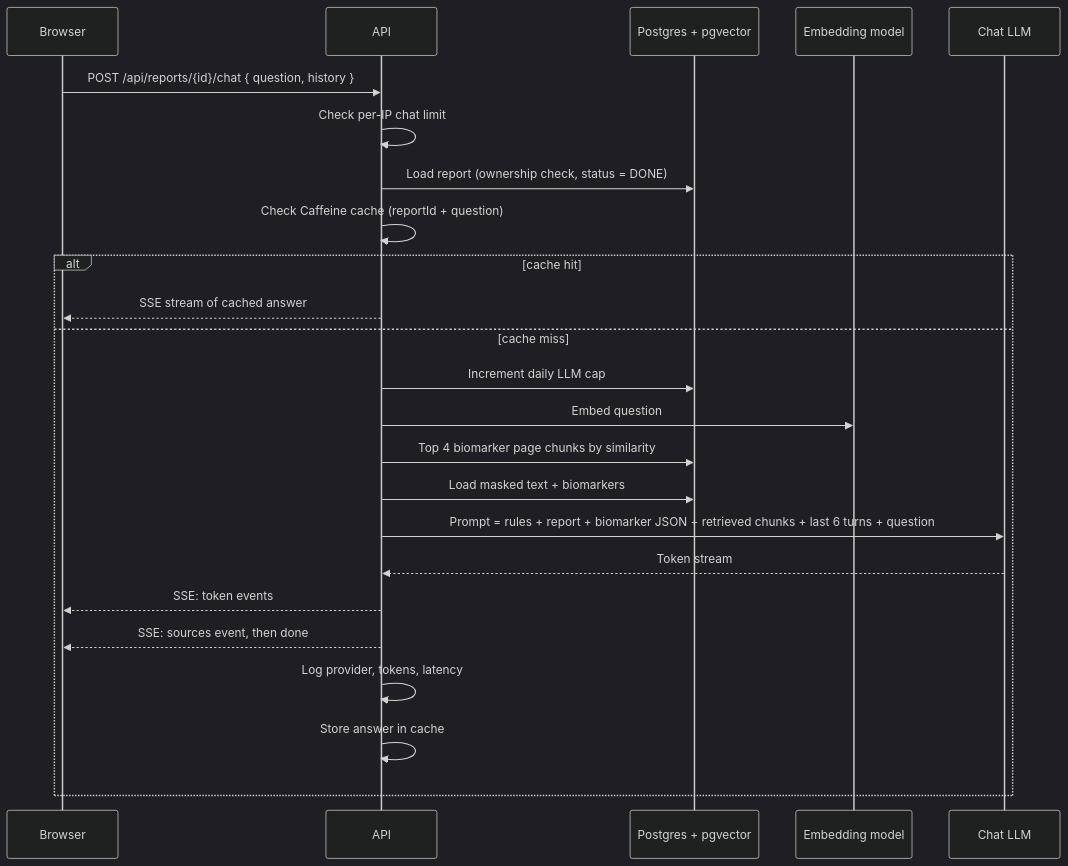
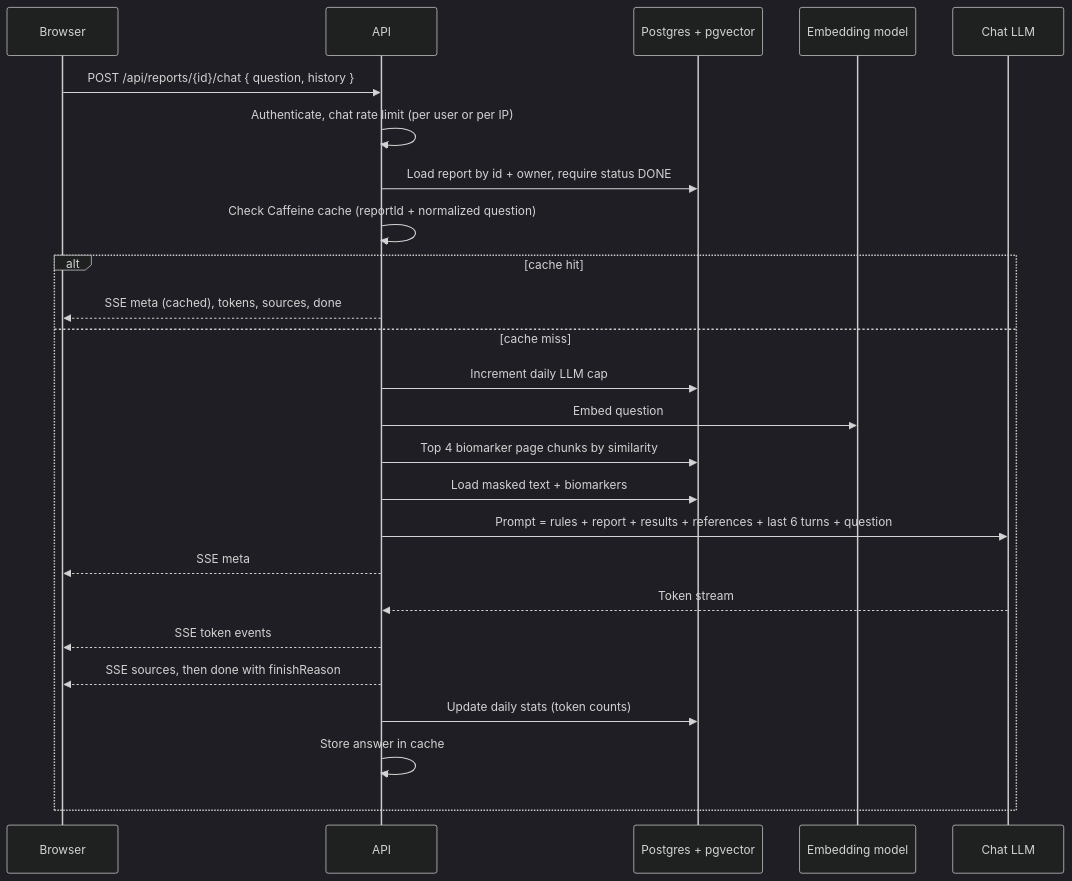
Diagram 13 of 20 in docs/medi-scan-dataflow.md (SaqibCod/medi-scan), drawn with Mermaid (dark theme) before and after one commit. The commit also changed other lines of this file and 4 other files, not shown here.

````diff
--- a/docs/medi-scan-dataflow.md
+++ b/docs/medi-scan-dataflow.md
@@ -243,27 +489,28 @@
 ```mermaid
 sequenceDiagram
     participant B as Browser
     participant A as API
     participant D as Postgres + pgvector
     participant E as Embedding model
     participant L as Chat LLM
 
     B->>A: POST /api/reports/{id}/chat { question, history }
-    A->>A: Check per-IP chat limit
-    A->>D: Load report (ownership check, status = DONE)
-    A->>A: Check Caffeine cache (reportId + question)
+    A->>A: Authenticate, chat rate limit (per user or per IP)
+    A->>D: Load report by id + owner, require status DONE
+    A->>A: Check Caffeine cache (reportId + normalized question)
     alt cache hit
-        A-->>B: SSE stream of cached answer
+        A-->>B: SSE meta (cached), tokens, sources, done
     else cache miss
         A->>D: Increment daily LLM cap
         A->>E: Embed question
         A->>D: Top 4 biomarker page chunks by similarity
         A->>D: Load masked text + biomarkers
-        A->>L: Prompt = rules + report + biomarker JSON + retrieved chunks + last 6 turns + question
+        A->>L: Prompt = rules + report + results + references + last 6 turns + question
+        A-->>B: SSE meta
         L-->>A: Token stream
-        A-->>B: SSE: token events
-        A-->>B: SSE: sources event, then done
-        A->>A: Log provider, tokens, latency
+        A-->>B: SSE token events
+        A-->>B: SSE sources, then done with finishReason
+        A->>D: Update daily stats (token counts)
         A->>A: Store answer in cache
     end
 ```
````
